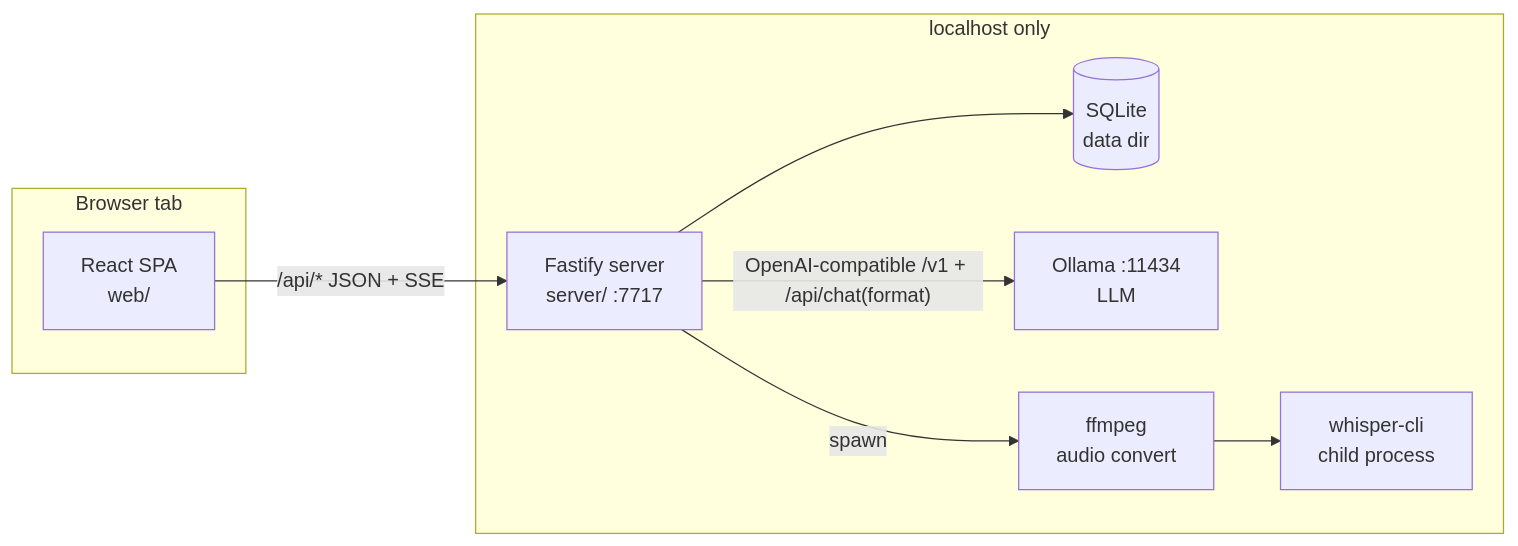
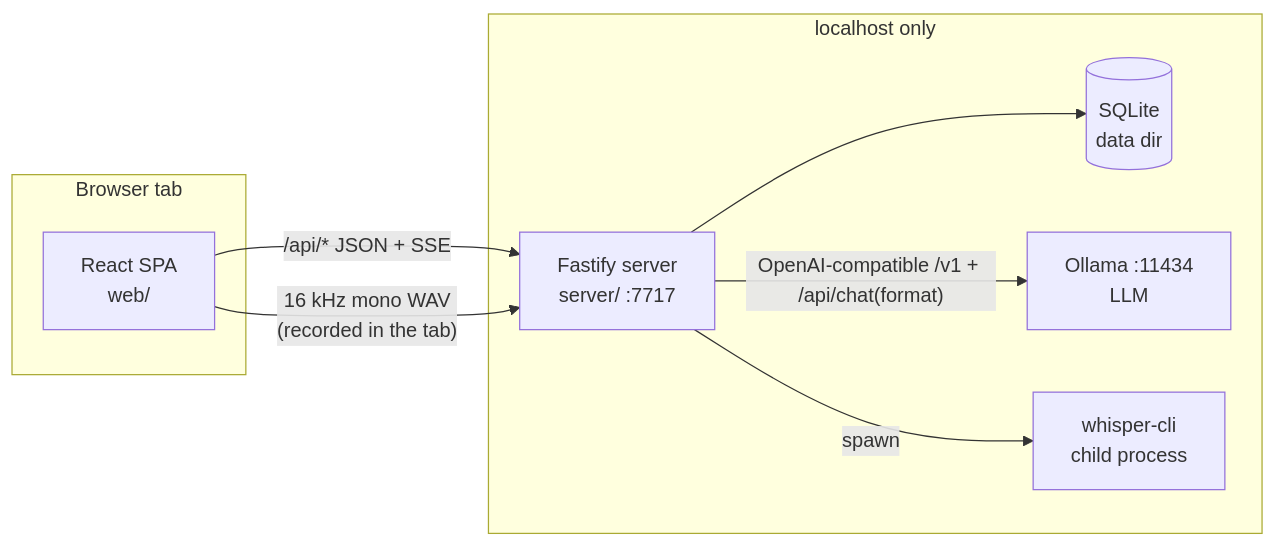
Before and after one commit to villenull/Apunta: the diagram in docs/PLAN.md, drawn with Mermaid. The commit also changed other lines of this file and 6 other files, not shown here.

````diff
--- a/docs/PLAN.md
+++ b/docs/PLAN.md
@@ -40,17 +40,17 @@
 ```mermaid
 flowchart LR
   subgraph Browser tab
     SPA[React SPA<br/>web/]
   end
   subgraph "localhost only"
     API[Fastify server<br/>server/ :7717]
     DB[(SQLite<br/>data dir)]
     OLL[Ollama :11434<br/>LLM]
     WSP[whisper-cli<br/>child process]
-    FF[ffmpeg<br/>audio convert]
   end
   SPA -- "/api/* JSON + SSE" --> API
+  SPA -- "16 kHz mono WAV<br/>(recorded in the tab)" --> API
   API --> DB
   API -- "OpenAI-compatible /v1 + /api/chat(format)" --> OLL
-  API -- spawn --> FF --> WSP
+  API -- spawn --> WSP
 ```
````
